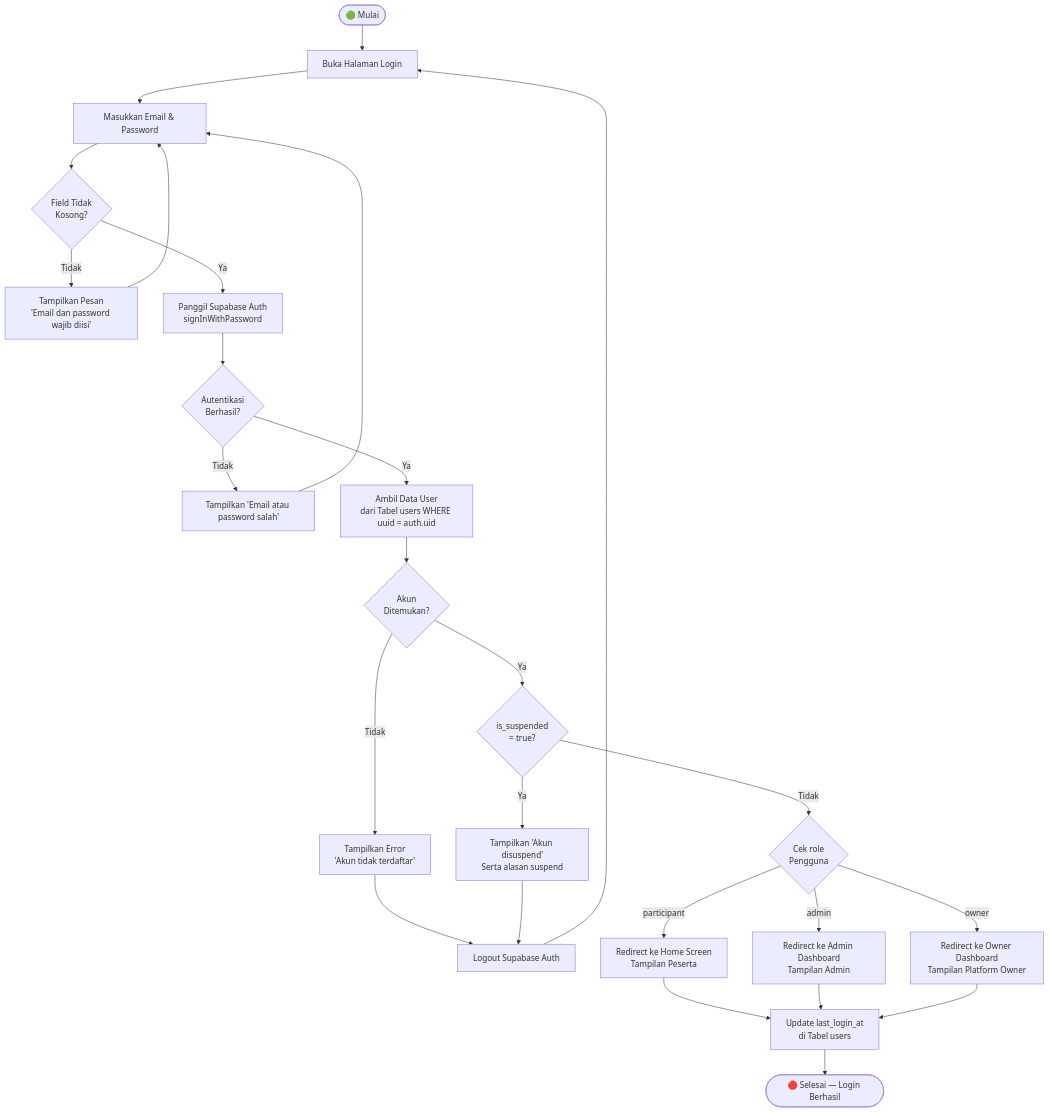
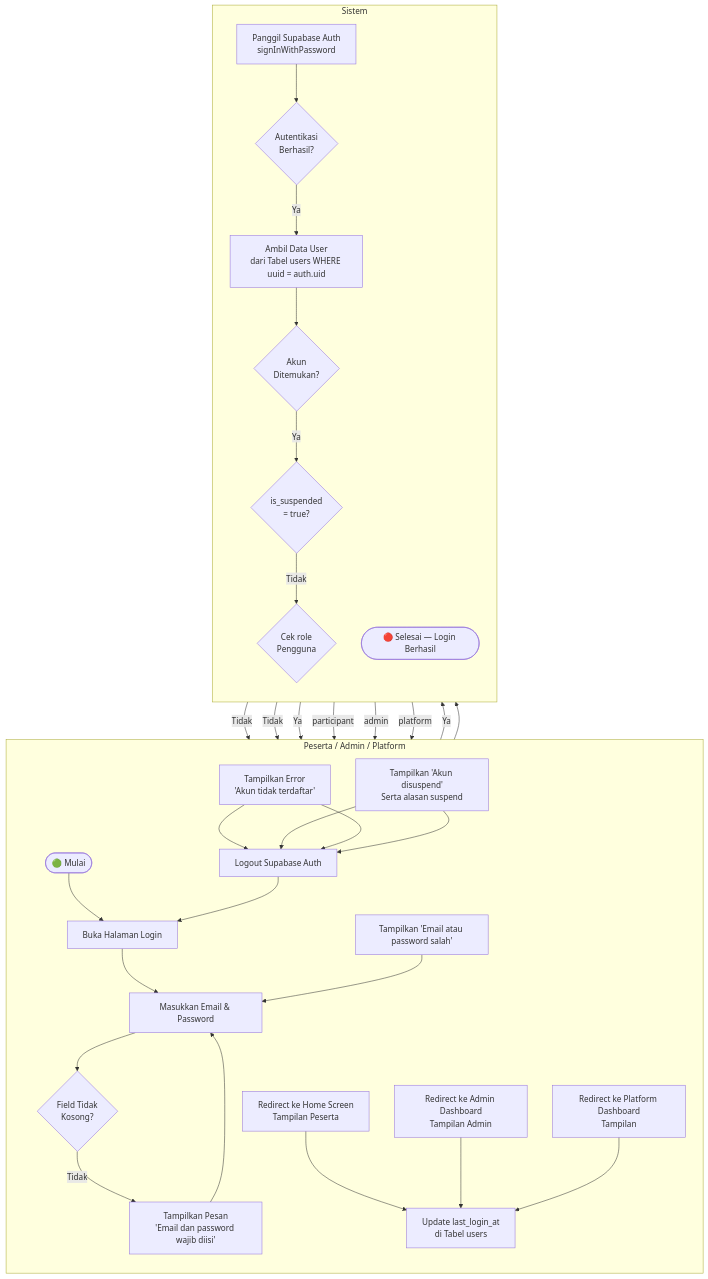
One commit to yosima050/booyahhub changed the third of 43 diagrams in DOKUMENTASI.md. Above: the diagram before and after it, drawn with Mermaid. The commit also changed other lines of this file, not shown here.

Commit message:
docs: rename Platform Owner role to Platform and refactor Mermaid flowcharts in documentation

````diff
--- a/DOKUMENTASI.md
+++ b/DOKUMENTASI.md
@@ -209,26 +217,37 @@
 ```mermaid
 flowchart TD
-    A([🟢 Mulai]) --> B[Buka Halaman Login]
-    B --> C[Masukkan Email & Password]
-    C --> D{Field Tidak\nKosong?}
-    D -->|Tidak| E[Tampilkan Pesan\n'Email dan password wajib diisi']
-    E --> C
-    D -->|Ya| F[Panggil Supabase Auth\nsignInWithPassword]
-    F --> G{Autentikasi\nBerhasil?}
-    G -->|Tidak| H[Tampilkan 'Email atau password salah']
-    H --> C
-    G -->|Ya| I[Ambil Data User\ndari Tabel users WHERE uuid = auth.uid]
-    I --> J{Akun\nDitemukan?}
-    J -->|Tidak| K[Tampilkan Error\n'Akun tidak terdaftar']
-    K --> L[Logout Supabase Auth]
-    J -->|Ya| M{is_suspended\n= true?}
-    M -->|Ya| N[Tampilkan 'Akun disuspend'\nSerta alasan suspend]
-    N --> L
-    L --> B
-    M -->|Tidak| O{Cek role\nPengguna}
-    O -->|participant| P[Redirect ke Home Screen\nTampilan Peserta]
-    O -->|admin| Q[Redirect ke Admin Dashboard\nTampilan Admin]
-    O -->|owner| R[Redirect ke Owner Dashboard\nTampilan Platform Owner]
-    P & Q & R --> S[Update last_login_at\ndi Tabel users]
-    S --> T([🔴 Selesai — Login Berhasil])
+    subgraph Pengguna ["Peserta / Admin / Platform"]
+        direction TB
+        A([🟢 Mulai]) --> B[Buka Halaman Login]
+        B --> C[Masukkan Email & Password]
+        C --> D
+        E --> C
+        H --> C
+        K --> L
+        N --> L
+        P --> S
+        Q --> S
+        R --> S
+    end
+
+    subgraph Sistem
+        direction TB
+        D{Field Tidak<br/>Kosong?} -->|Tidak| E[Tampilkan Pesan<br/>'Email dan password wajib diisi']
+        D -->|Ya| F[Panggil Supabase Auth<br/>signInWithPassword]
+        F --> G{Autentikasi<br/>Berhasil?}
+        G -->|Tidak| H[Tampilkan 'Email atau password salah']
+        G -->|Ya| I[Ambil Data User<br/>dari Tabel users WHERE uuid = auth.uid]
+        I --> J{Akun<br/>Ditemukan?}
+        J -->|Tidak| K[Tampilkan Error<br/>'Akun tidak terdaftar']
+        K --> L[Logout Supabase Auth]
+        L --> B
+        J -->|Ya| M{is_suspended<br/>= true?}
+        M -->|Ya| N[Tampilkan 'Akun disuspend'<br/>Serta alasan suspend]
+        N --> L
+        M -->|Tidak| O{Cek role<br/>Pengguna}
+        O -->|participant| P[Redirect ke Home Screen<br/>Tampilan Peserta]
+        O -->|admin| Q[Redirect ke Admin Dashboard<br/>Tampilan Admin]
+        O -->|platform| R[Redirect ke Platform Dashboard<br/>Tampilan ]
+        S[Update last_login_at<br/>di Tabel users] --> T([🔴 Selesai — Login Berhasil])
+    end
 ```
````
